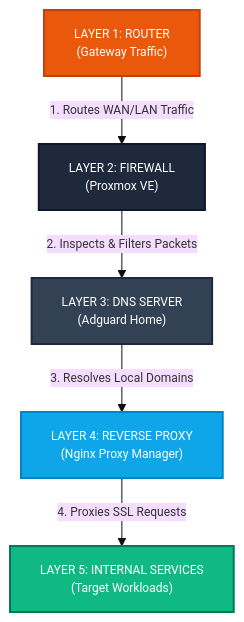
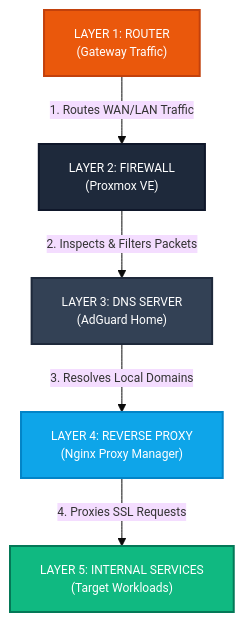
The second of 2 diagrams in README.md (InfraRaven99/Homelab-Infrastructure), drawn with Mermaid before and after one commit. The commit also changed other lines of this file, not shown here.

````diff
--- a/README.md
+++ b/README.md
@@ -61,20 +61,20 @@
 ```mermaid
 %%{init: { 'theme': 'base', 'themeVariables': { 'fontSize': '12px', 'fontFamily': 'sans-serif' }}}%%
 graph TD
     classDef L1 fill:#ea580c,stroke:#c2410c,stroke-width:2px,color:#fff;
     classDef L2 fill:#1e293b,stroke:#0f172a,stroke-width:2px,color:#fff;
     classDef L3 fill:#334155,stroke:#1e293b,stroke-width:2px,color:#fff;
     classDef L4 fill:#0ea5e9,stroke:#0284c7,stroke-width:2px,color:#fff;
     classDef L5 fill:#10b981,stroke:#047857,stroke-width:2px,color:#fff;
 
     RTR["LAYER 1: ROUTER<br>(Gateway Traffic)"]:::L1
     FW["LAYER 2: FIREWALL<br>(Proxmox VE)"]:::L2
-    DNS["LAYER 3: DNS SERVER<br>(Adguard Home)"]:::L3
+    DNS["LAYER 3: DNS SERVER<br>(AdGuard Home)"]:::L3
     RPX["LAYER 4: REVERSE PROXY<br>(Nginx Proxy Manager)"]:::L4
     SVC["LAYER 5: INTERNAL SERVICES<br>(Target Workloads)"]:::L5
 
     RTR -->|"1. Routes WAN/LAN Traffic"| FW
     FW -->|"2. Inspects & Filters Packets"| DNS
     DNS -->|"3. Resolves Local Domains"| RPX
     RPX -->|"4. Proxies SSL Requests"| SVC
 ```
````
